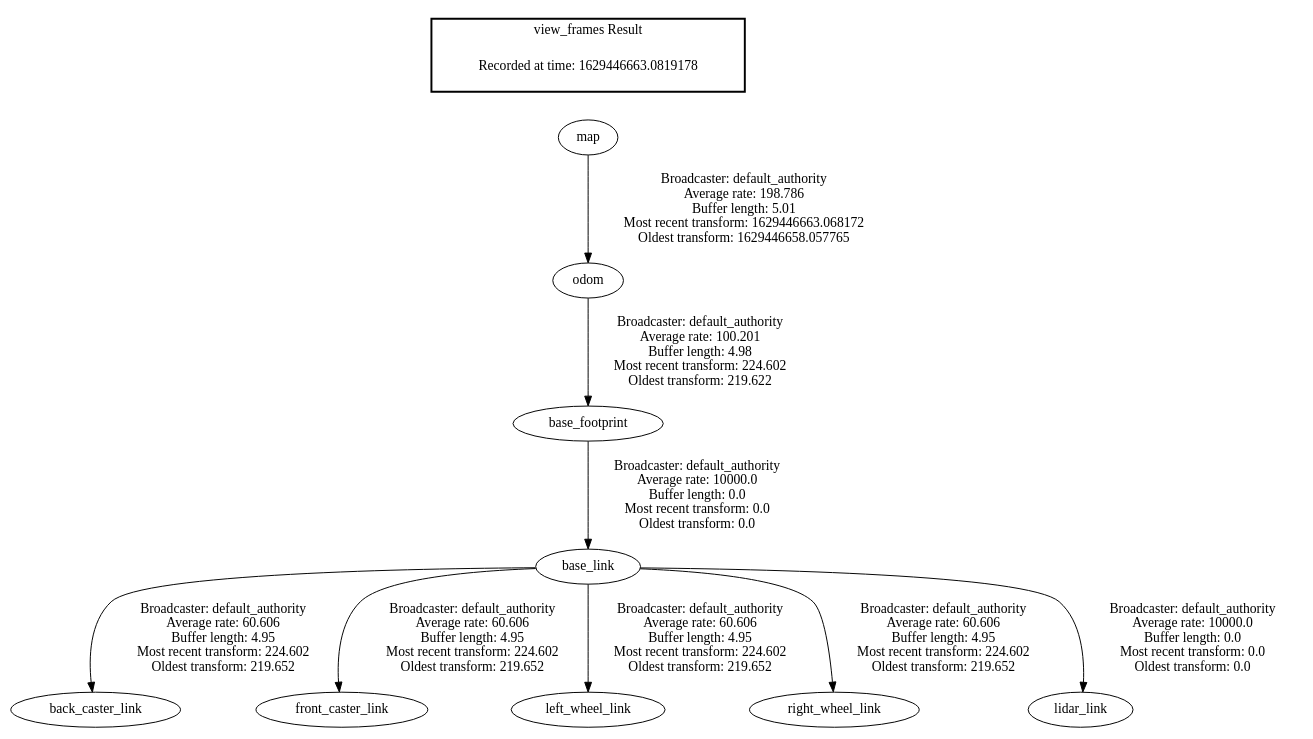
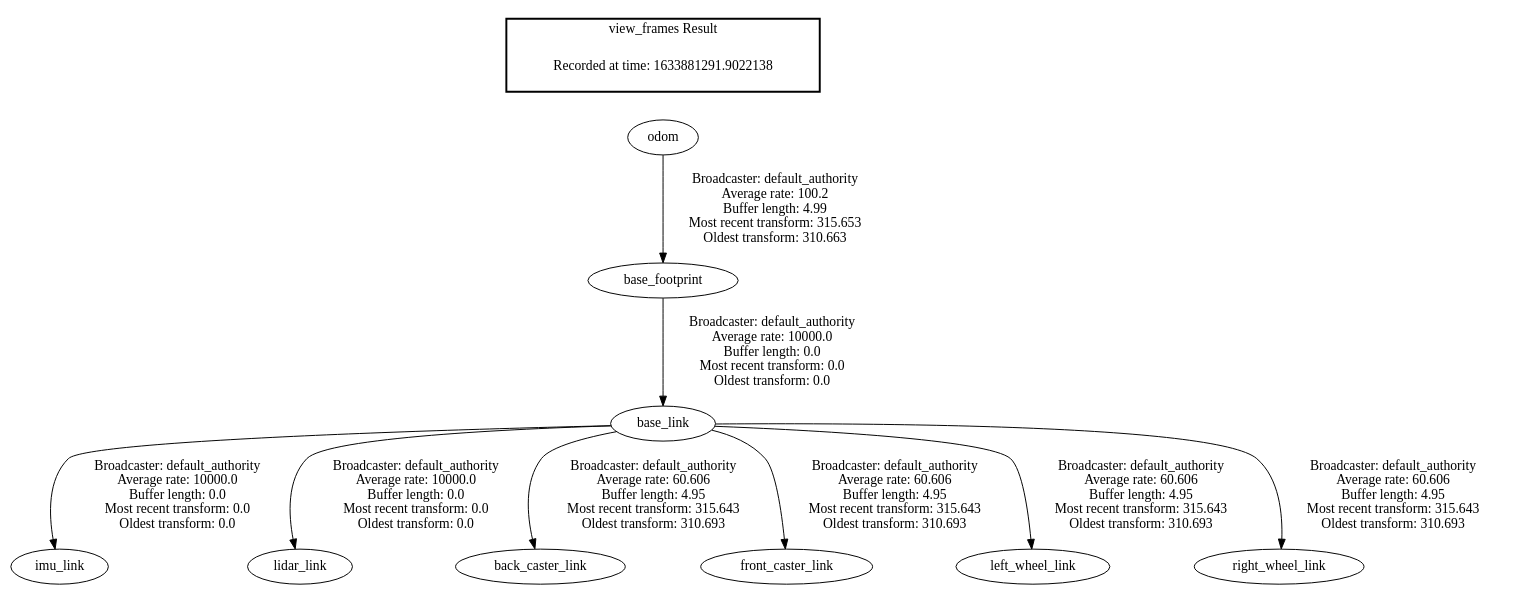
One commit to chargerKong/robot_simulation changed the diagram in frames.gv. Above: the diagram before and after it, drawn with Graphviz. The commit also changed 24 other files, not shown here.

```diff
--- a/frames.gv
+++ b/frames.gv
@@ -1,14 +1,14 @@
 digraph G {
-"odom" -> "base_footprint"[label=" Broadcaster: default_authority\nAverage rate: 100.201\nBuffer length: 4.98\nMost recent transform: 224.602\nOldest transform: 219.622\n"];
-"map" -> "odom"[label=" Broadcaster: default_authority\nAverage rate: 198.786\nBuffer length: 5.01\nMost recent transform: 1629446663.068172\nOldest transform: 1629446658.057765\n"];
-"base_link" -> "back_caster_link"[label=" Broadcaster: default_authority\nAverage rate: 60.606\nBuffer length: 4.95\nMost recent transform: 224.602\nOldest transform: 219.652\n"];
+"odom" -> "base_footprint"[label=" Broadcaster: default_authority\nAverage rate: 100.2\nBuffer length: 4.99\nMost recent transform: 315.653\nOldest transform: 310.663\n"];
 "base_footprint" -> "base_link"[label=" Broadcaster: default_authority\nAverage rate: 10000.0\nBuffer length: 0.0\nMost recent transform: 0.0\nOldest transform: 0.0\n"];
-"base_link" -> "front_caster_link"[label=" Broadcaster: default_authority\nAverage rate: 60.606\nBuffer length: 4.95\nMost recent transform: 224.602\nOldest transform: 219.652\n"];
-"base_link" -> "left_wheel_link"[label=" Broadcaster: default_authority\nAverage rate: 60.606\nBuffer length: 4.95\nMost recent transform: 224.602\nOldest transform: 219.652\n"];
-"base_link" -> "right_wheel_link"[label=" Broadcaster: default_authority\nAverage rate: 60.606\nBuffer length: 4.95\nMost recent transform: 224.602\nOldest transform: 219.652\n"];
+"base_link" -> "imu_link"[label=" Broadcaster: default_authority\nAverage rate: 10000.0\nBuffer length: 0.0\nMost recent transform: 0.0\nOldest transform: 0.0\n"];
 "base_link" -> "lidar_link"[label=" Broadcaster: default_authority\nAverage rate: 10000.0\nBuffer length: 0.0\nMost recent transform: 0.0\nOldest transform: 0.0\n"];
+"base_link" -> "back_caster_link"[label=" Broadcaster: default_authority\nAverage rate: 60.606\nBuffer length: 4.95\nMost recent transform: 315.643\nOldest transform: 310.693\n"];
+"base_link" -> "front_caster_link"[label=" Broadcaster: default_authority\nAverage rate: 60.606\nBuffer length: 4.95\nMost recent transform: 315.643\nOldest transform: 310.693\n"];
+"base_link" -> "left_wheel_link"[label=" Broadcaster: default_authority\nAverage rate: 60.606\nBuffer length: 4.95\nMost recent transform: 315.643\nOldest transform: 310.693\n"];
+"base_link" -> "right_wheel_link"[label=" Broadcaster: default_authority\nAverage rate: 60.606\nBuffer length: 4.95\nMost recent transform: 315.643\nOldest transform: 310.693\n"];
 edge [style=invis];
  subgraph cluster_legend { style=bold; color=black; label ="view_frames Result";
-"Recorded at time: 1629446663.0819178"[ shape=plaintext ] ;
-}->"map";
+"Recorded at time: 1633881291.9022138"[ shape=plaintext ] ;
+}->"odom";
 }
```
